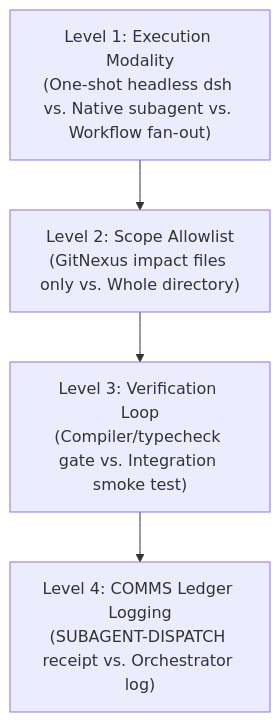
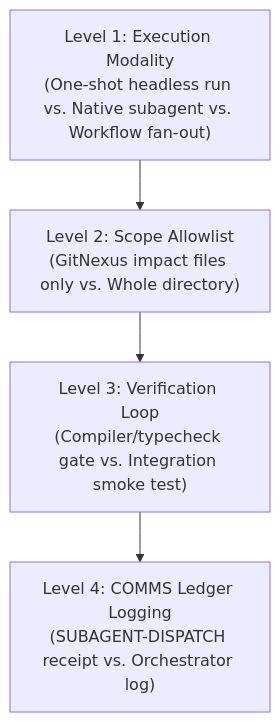
One commit to nbiish/ainish-coder changed the fifth of 5 diagrams in .agents/skills/question-me/references/decision-tree-templates.md. Above: the diagram before and after it, drawn with Mermaid. The commit also changed other lines of this file and 2 other files, not shown here.

Commit message:
docs(skills): make question-me skill system-agnostic
Strip all external harness branding from .agents/skills/question-me/:
remove Antigravity references, the /grill-me lineage, ask_question tool
naming, and "Modal UI" harness labels. Question delivery is now described
purely by capability (native structured question tools, interactive
terminal prompts, subagent handoff) with no dependence on any specific
model, platform, or vendor. Mark TASK.2026-09-07 question-me complete.

````diff
--- a/.agents/skills/question-me/references/decision-tree-templates.md
+++ b/.agents/skills/question-me/references/decision-tree-templates.md
@@ -99,7 +99,7 @@
 ```mermaid
 graph TD
-    A["Level 1: Execution Modality<br>(One-shot headless dsh vs. Native subagent vs. Workflow fan-out)"]
+    A["Level 1: Execution Modality<br>(One-shot headless run vs. Native subagent vs. Workflow fan-out)"]
     A --> B["Level 2: Scope Allowlist<br>(GitNexus impact files only vs. Whole directory)"]
     B --> C["Level 3: Verification Loop<br>(Compiler/typecheck gate vs. Integration smoke test)"]
     C --> D["Level 4: COMMS Ledger Logging<br>(SUBAGENT-DISPATCH receipt vs. Orchestrator log)"]
 ```
````
